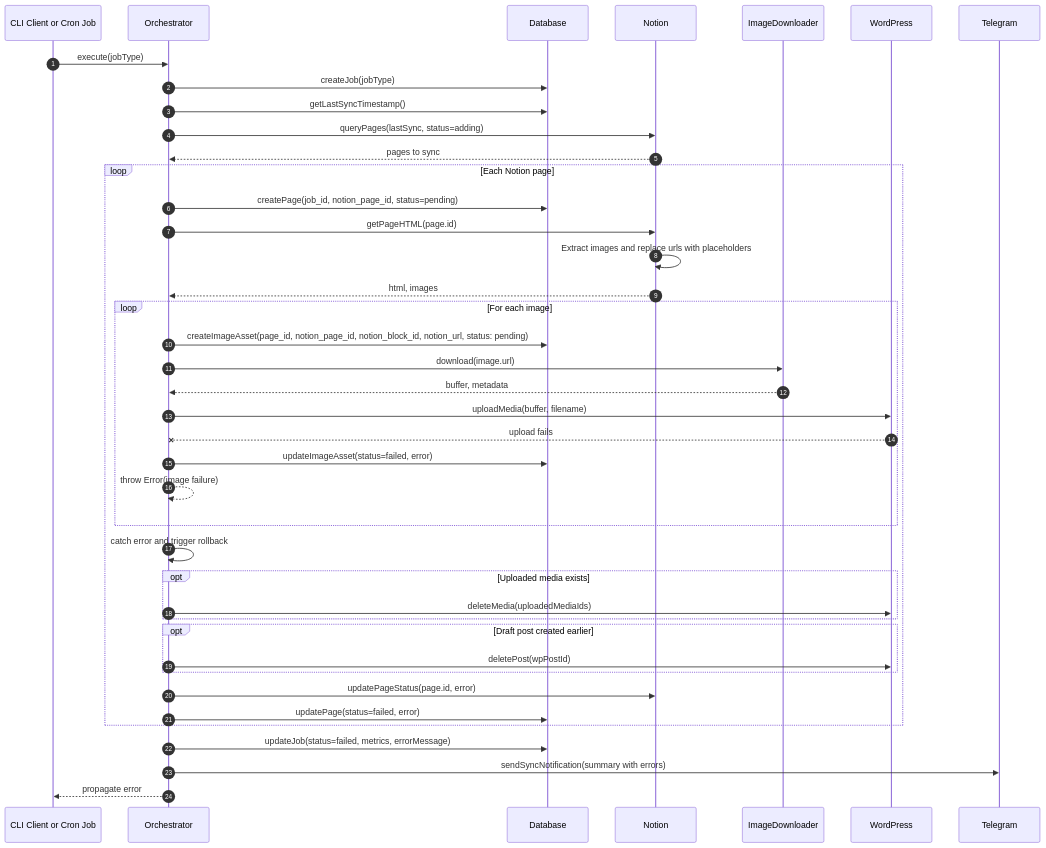
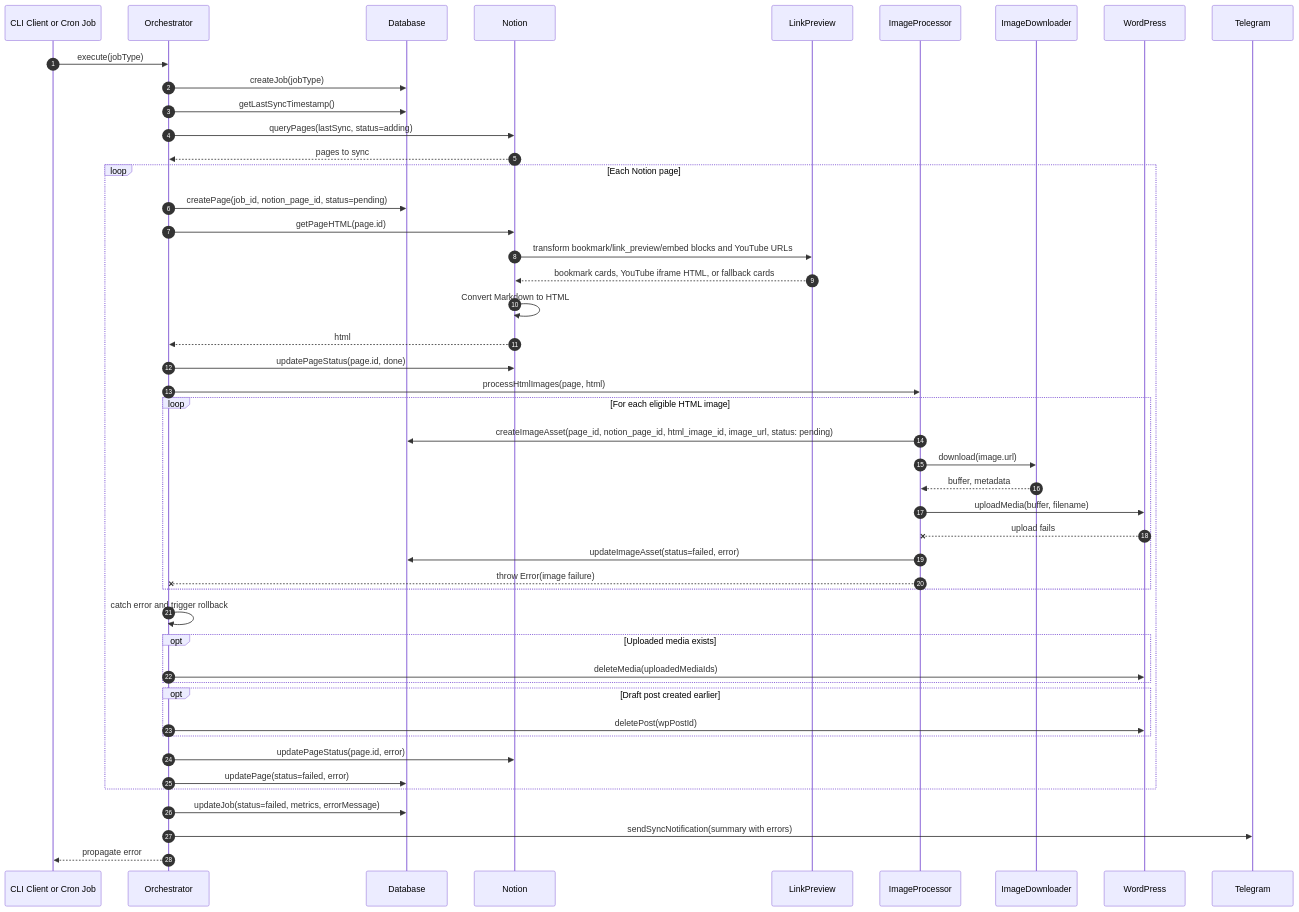
Before and after one commit to ramen4598/Notion2WordPress: the diagram in docs/diagrams/sequence-sync-failure.md, drawn with Mermaid. The commit also changed 6 other files, not shown here.

````diff
--- a/docs/diagrams/sequence-sync-failure.md
+++ b/docs/diagrams/sequence-sync-failure.md
@@ -5,46 +5,52 @@
 ```mermaid
 sequenceDiagram
     autonumber
     participant ENTRY as CLI Client or Cron Job
     participant Orchestrator as Orchestrator
     participant DB as Database
     participant Notion as Notion
+    participant LinkPreview as LinkPreview
+    participant ImageProcessor as ImageProcessor
     participant Downloader as ImageDownloader
     participant WP as WordPress
     participant Telegram as Telegram
 
     ENTRY->>Orchestrator: execute(jobType)
     Orchestrator->>DB: createJob(jobType)
     Orchestrator->>DB: getLastSyncTimestamp()
     Orchestrator->>Notion: queryPages(lastSync, status=adding)
     Notion-->>Orchestrator: pages to sync
 
     loop Each Notion page
         Orchestrator->>DB: createPage(job_id, notion_page_id, status=pending)
         Orchestrator->>Notion: getPageHTML(page.id)
-        Notion->>Notion: Extract images and replace urls with placeholders
-        Notion-->>Orchestrator: html, images
-        loop For each image
-		        Orchestrator->>DB: createImageAsset(page_id, notion_page_id, notion_block_id, notion_url, status: pending)
-            Orchestrator->>Downloader: download(image.url)
-            Downloader-->>Orchestrator: buffer, metadata
-            Orchestrator->>WP: uploadMedia(buffer, filename)
-            WP--x Orchestrator: upload fails
-            Orchestrator->>DB: updateImageAsset(status=failed, error)
-            Orchestrator-->>Orchestrator: throw Error(image failure)
+        Notion->>LinkPreview: transform bookmark/link_preview/embed blocks and YouTube URLs
+        LinkPreview-->>Notion: bookmark cards, YouTube iframe HTML, or fallback cards
+        Notion->>Notion: Convert Markdown to HTML
+        Notion-->>Orchestrator: html
+        Orchestrator->>Notion: updatePageStatus(page.id, done)
+        Orchestrator->>ImageProcessor: processHtmlImages(page, html)
+        loop For each eligible HTML image
+            ImageProcessor->>DB: createImageAsset(page_id, notion_page_id, html_image_id, image_url, status: pending)
+            ImageProcessor->>Downloader: download(image.url)
+            Downloader-->>ImageProcessor: buffer, metadata
+            ImageProcessor->>WP: uploadMedia(buffer, filename)
+            WP--x ImageProcessor: upload fails
+            ImageProcessor->>DB: updateImageAsset(status=failed, error)
+            ImageProcessor--x Orchestrator: throw Error(image failure)
         end
         Orchestrator->>Orchestrator: catch error and trigger rollback
         opt Uploaded media exists
             Orchestrator->>WP: deleteMedia(uploadedMediaIds)
         end
         opt Draft post created earlier
             Orchestrator->>WP: deletePost(wpPostId)
         end
         Orchestrator->>Notion: updatePageStatus(page.id, error)
         Orchestrator->>DB: updatePage(status=failed, error)
     end
 
     Orchestrator->>DB: updateJob(status=failed, metrics, errorMessage)
     Orchestrator->>Telegram: sendSyncNotification(summary with errors)
     Orchestrator-->>ENTRY: propagate error
 ```
````
